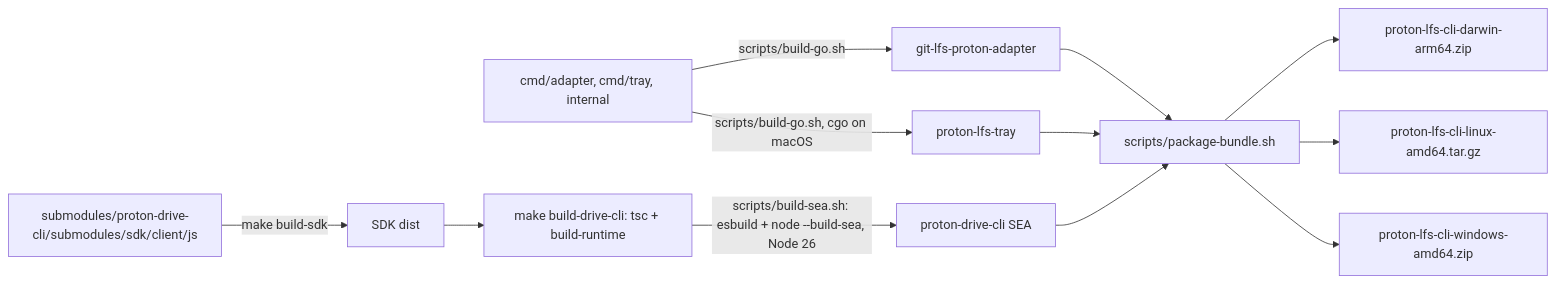
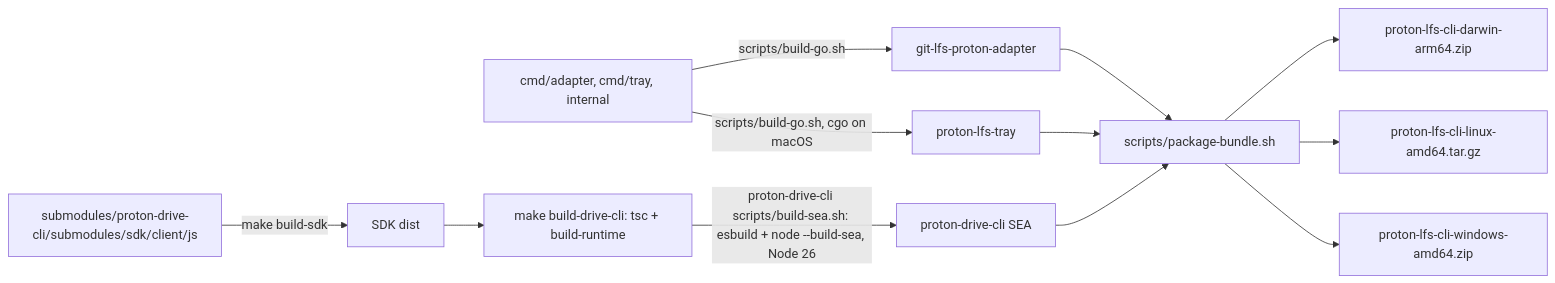
One commit to SevenOfNine-labs/proton-lfs-cli changed the fifth of 5 diagrams in docs/architecture/architecture.md. Above: the diagram before and after it, drawn with Mermaid. The commit also changed other lines of this file and 12 other files, not shown here.

````diff
--- a/docs/architecture/architecture.md
+++ b/docs/architecture/architecture.md
@@ -210,14 +210,14 @@
 ```mermaid
 flowchart LR
     GoSrc[cmd/adapter, cmd/tray, internal] -->|scripts/build-go.sh| AdapterBin[git-lfs-proton-adapter]
     GoSrc -->|scripts/build-go.sh, cgo on macOS| TrayBin[proton-lfs-tray]
     SDKSrc[submodules/proton-drive-cli/submodules/sdk/client/js] -->|make build-sdk| SDKDist[SDK dist]
     SDKDist --> CLIBuild[make build-drive-cli: tsc + build-runtime]
-    CLIBuild -->|scripts/build-sea.sh: esbuild + node --build-sea, Node 26| CLIBin[proton-drive-cli SEA]
+    CLIBuild -->|proton-drive-cli scripts/build-sea.sh: esbuild + node --build-sea, Node 26| CLIBin[proton-drive-cli SEA]
     AdapterBin --> Pack[scripts/package-bundle.sh]
     TrayBin --> Pack
     CLIBin --> Pack
     Pack --> Mac[proton-lfs-cli-darwin-arm64.zip]
     Pack --> Linux[proton-lfs-cli-linux-amd64.tar.gz]
     Pack --> Win[proton-lfs-cli-windows-amd64.zip]
 ```
````
